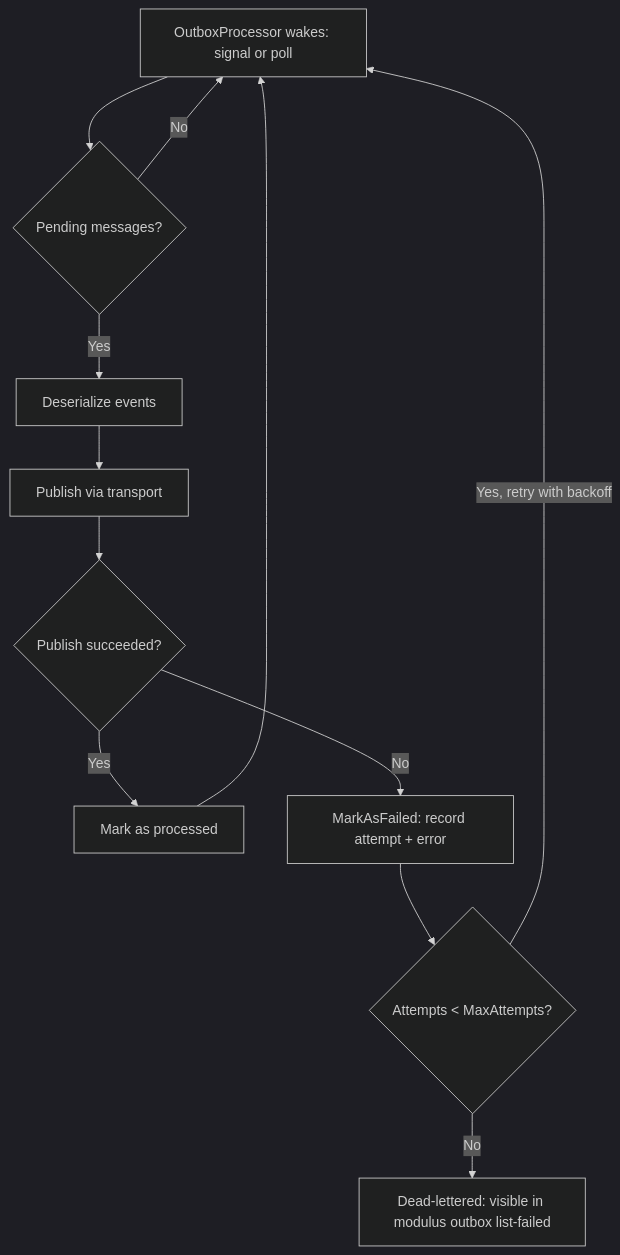
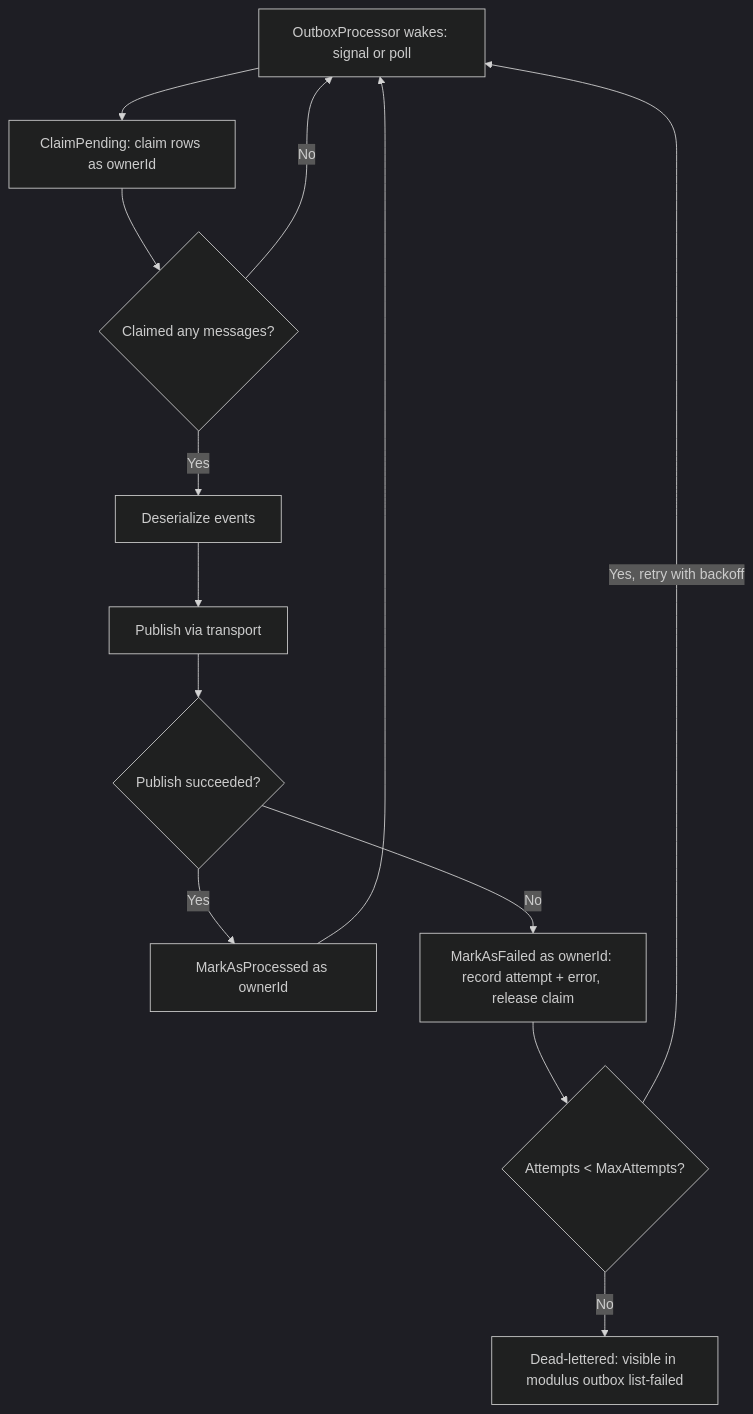
Before and after one commit to AdamWyatt34/Modulus: the second of 2 diagrams in docs/messaging/outbox-pattern.md, drawn with Mermaid (dark theme). The commit also changed other lines of this file and 24 other files, not shown here.

First line of the commit message:
feat(messaging)!: multi-instance outbox competition via optimistic claim/lease

````diff
--- a/docs/messaging/outbox-pattern.md
+++ b/docs/messaging/outbox-pattern.md
@@ -343,14 +382,15 @@
 ```mermaid
 flowchart TD
-    A[OutboxProcessor wakes: signal or poll] --> B{Pending messages?}
+    A[OutboxProcessor wakes: signal or poll] --> Z[ClaimPending: claim rows as ownerId]
+    Z --> B{Claimed any messages?}
     B -->|No| A
     B -->|Yes| C[Deserialize events]
     C --> D[Publish via transport]
     D --> E{Publish succeeded?}
-    E -->|Yes| F[Mark as processed]
+    E -->|Yes| F[MarkAsProcessed as ownerId]
     F --> A
-    E -->|No| G[MarkAsFailed: record attempt + error]
+    E -->|No| G[MarkAsFailed as ownerId: record attempt + error, release claim]
     G --> H{Attempts < MaxAttempts?}
     H -->|Yes, retry with backoff| A
     H -->|No| I[Dead-lettered: visible in modulus outbox list-failed]
 ```
````
